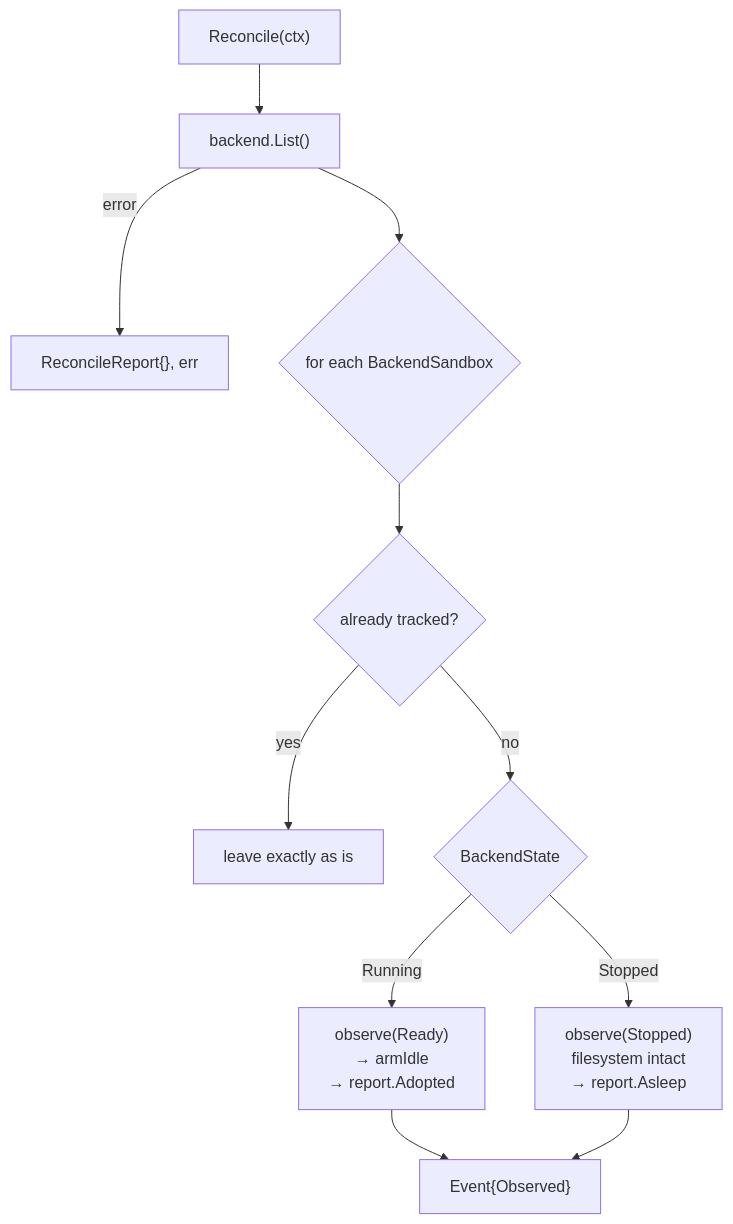
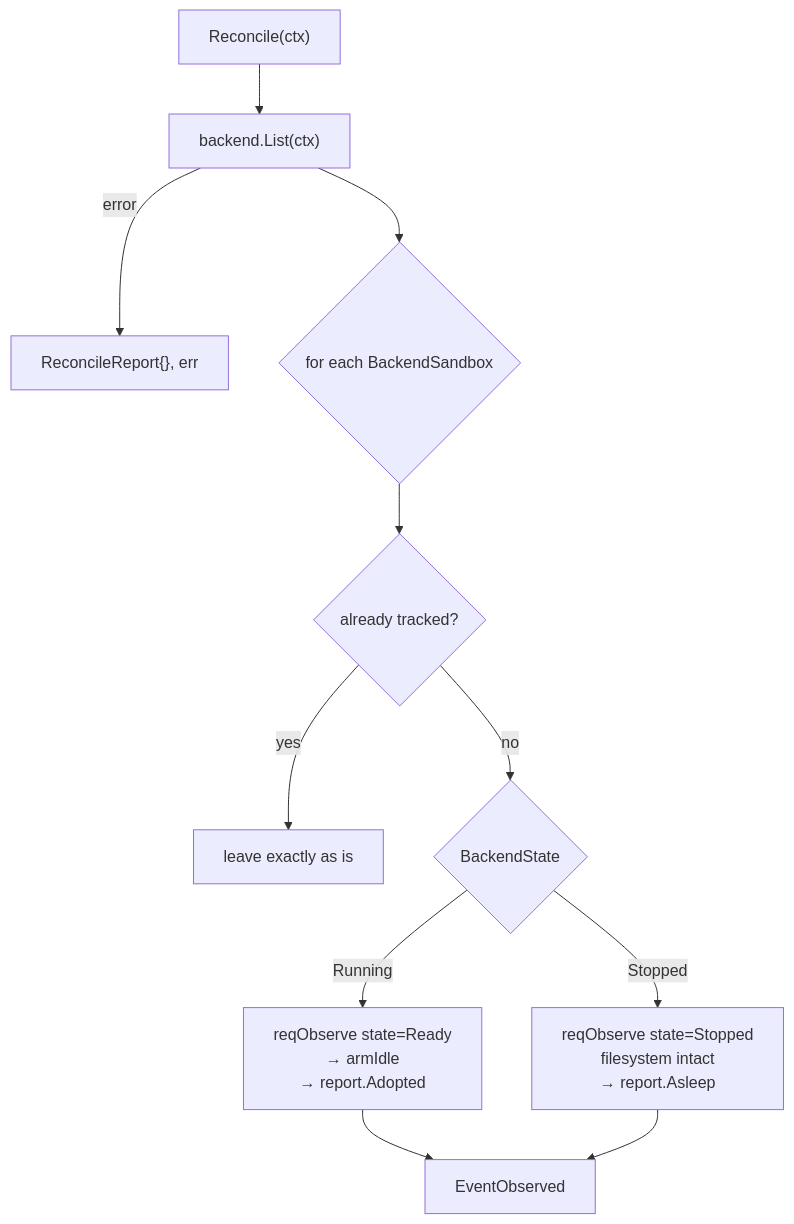
One commit to maikdotfi/metaharness changed the fifth of 6 diagrams in docs/sandbox.md. Above: the diagram before and after it, drawn with Mermaid. The commit also changed other lines of this file, not shown here.

````diff
--- a/docs/sandbox.md
+++ b/docs/sandbox.md
@@ -335,13 +929,13 @@
 ```mermaid
 flowchart TD
-    R["Reconcile(ctx)"] --> L["backend.List()"]
+    R["Reconcile(ctx)"] --> L["backend.List(ctx)"]
     L -->|error| ERR["ReconcileReport{}, err"]
     L --> LOOP{"for each BackendSandbox"}
     LOOP --> K{"already tracked?"}
     K -->|yes| SKIP["leave exactly as is"]
     K -->|no| S{"BackendState"}
-    S -->|Running| AD["observe(Ready)<br/>→ armIdle<br/>→ report.Adopted"]
-    S -->|Stopped| AS["observe(Stopped)<br/>filesystem intact<br/>→ report.Asleep"]
-    AD --> EV["Event{Observed}"]
+    S -->|Running| AD["reqObserve state=Ready<br/>→ armIdle<br/>→ report.Adopted"]
+    S -->|Stopped| AS["reqObserve state=Stopped<br/>filesystem intact<br/>→ report.Asleep"]
+    AD --> EV["EventObserved"]
     AS --> EV
 ```
````
